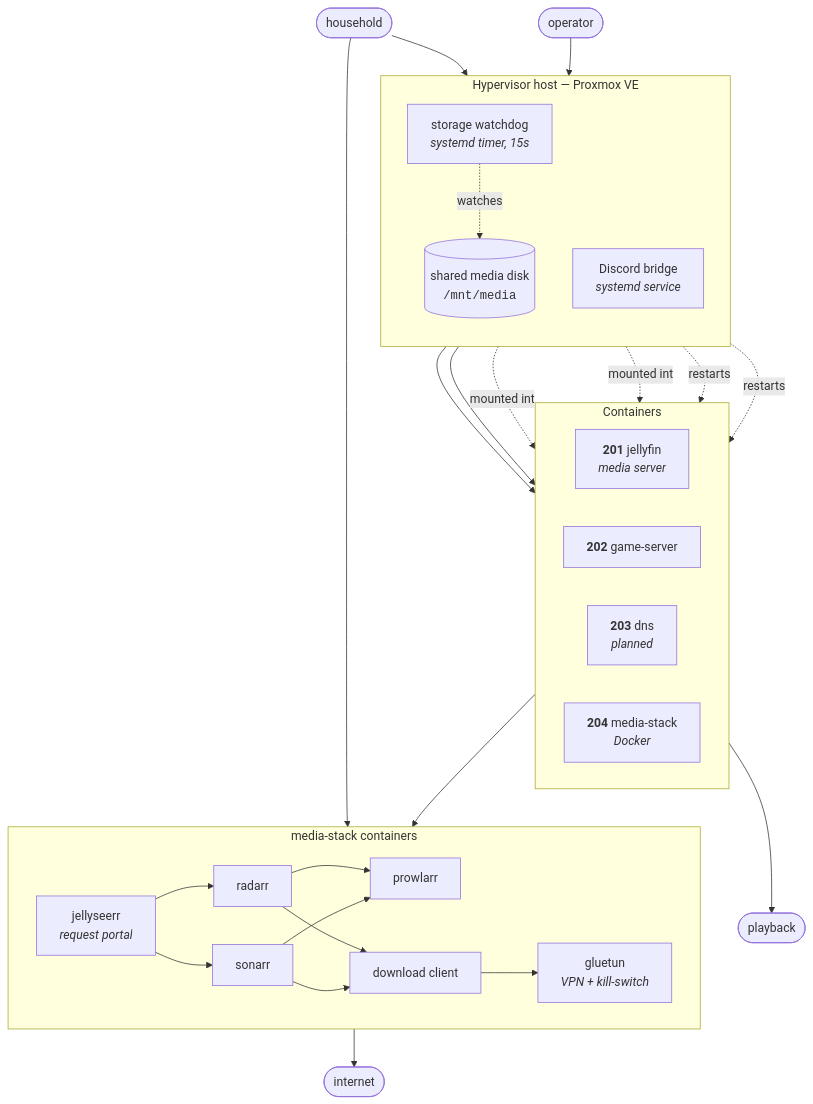
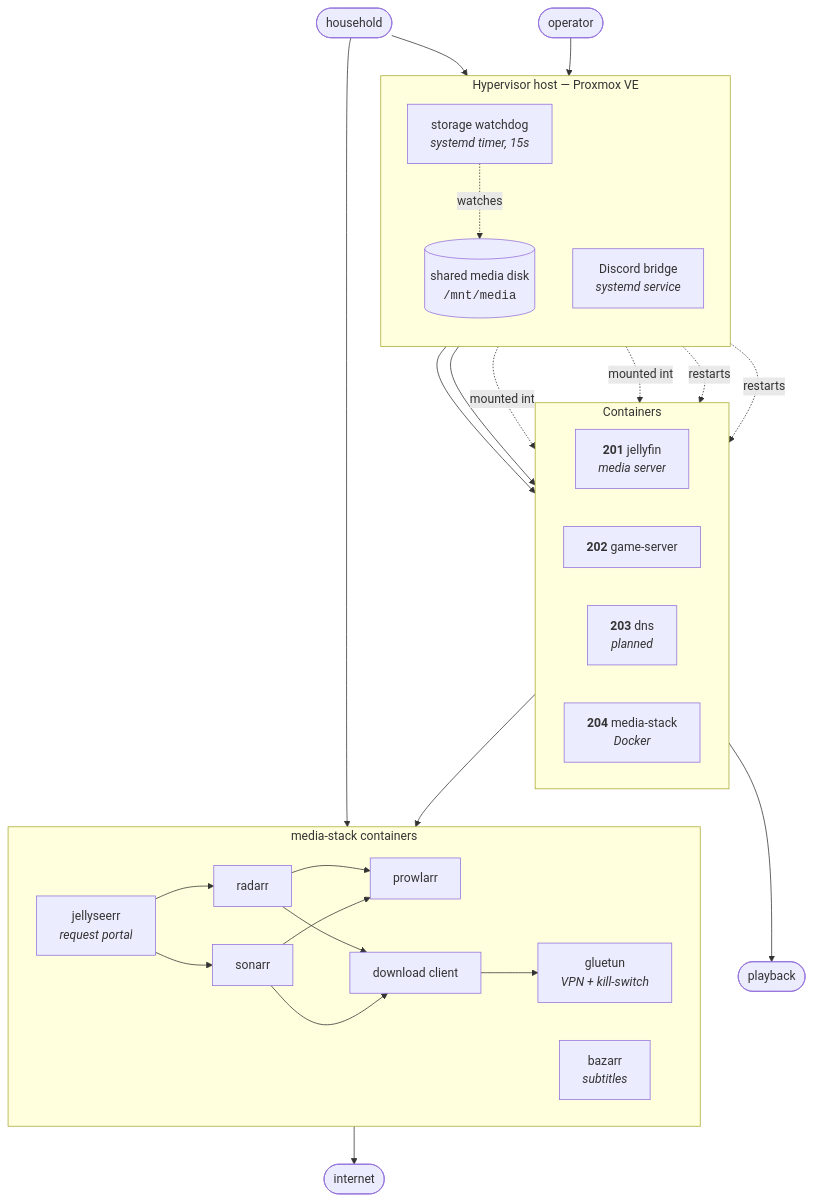
The first of 3 diagrams in README.md (km-kushmathur/homelab), drawn with Mermaid before and after one commit. The commit also changed 17 other files, not shown here.

````diff
--- a/README.md
+++ b/README.md
@@ -21,47 +21,48 @@
 ```mermaid
 graph TB
     subgraph host["Hypervisor host &mdash; Proxmox VE"]
         direction TB
         WD["storage watchdog<br/><i>systemd timer, 15s</i>"]
         BOT["Discord bridge<br/><i>systemd service</i>"]
         DISK[("shared media disk<br/><code>/mnt/media</code>")]
     end
 
     subgraph cts["Containers"]
         direction LR
         JF["<b>201</b> jellyfin<br/><i>media server</i>"]
         GS["<b>202</b> game-server"]
         DNS["<b>203</b> dns<br/><i>planned</i>"]
         MS["<b>204</b> media-stack<br/><i>Docker</i>"]
     end
 
     subgraph stack["media-stack containers"]
         direction LR
         VPN["gluetun<br/><i>VPN + kill-switch</i>"]
         DL["download client"]
         RAD["radarr"]
         SON["sonarr"]
         PROW["prowlarr"]
         SEERR["jellyseerr<br/><i>request portal</i>"]
+        BAZ["bazarr<br/><i>subtitles</i>"]
     end
 
     USERS(["household"]) --> BOT
     USERS --> SEERR
     OPS(["operator"]) --> BOT
     BOT --> MS
     BOT --> JF
 
     MS --> stack
     SEERR --> RAD & SON
     RAD & SON --> PROW
     RAD & SON --> DL
     DL --> VPN
     VPN --> WAN(["internet"])
 
     DISK -.mounted into.-> JF
     DISK -.mounted into.-> MS
     WD -.watches.-> DISK
     WD -.restarts.-> JF & MS
 
     JF --> VIEWERS(["playback"])
 ```
````
